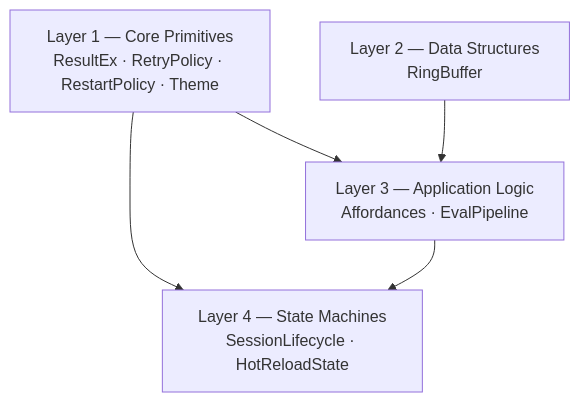
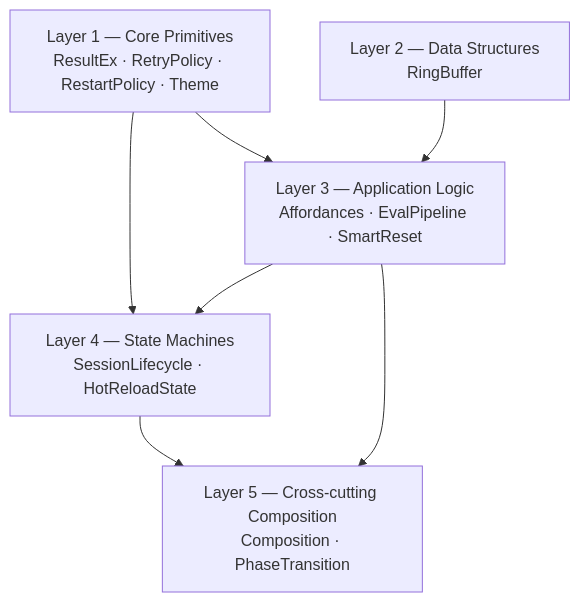
One commit to WillEhrendreich/SageFs changed the first of 8 diagrams in formal-verification/REPORT.md. Above: the diagram before and after it, drawn with Mermaid. The commit also changed other lines of this file and 17 other files, not shown here.

````diff
--- a/formal-verification/REPORT.md
+++ b/formal-verification/REPORT.md
@@ -32,11 +36,14 @@
 ```mermaid
 graph TD
   A["Layer 1 — Core Primitives<br/>ResultEx · RetryPolicy · RestartPolicy · Theme"]
   B["Layer 2 — Data Structures<br/>RingBuffer"]
-  C["Layer 3 — Application Logic<br/>Affordances · EvalPipeline"]
+  C["Layer 3 — Application Logic<br/>Affordances · EvalPipeline · SmartReset"]
   D["Layer 4 — State Machines<br/>SessionLifecycle · HotReloadState"]
+  E["Layer 5 — Cross-cutting Composition<br/>Composition · PhaseTransition"]
   A --> C
   B --> C
   A --> D
   C --> D
+  D --> E
+  C --> E
 ```
````
